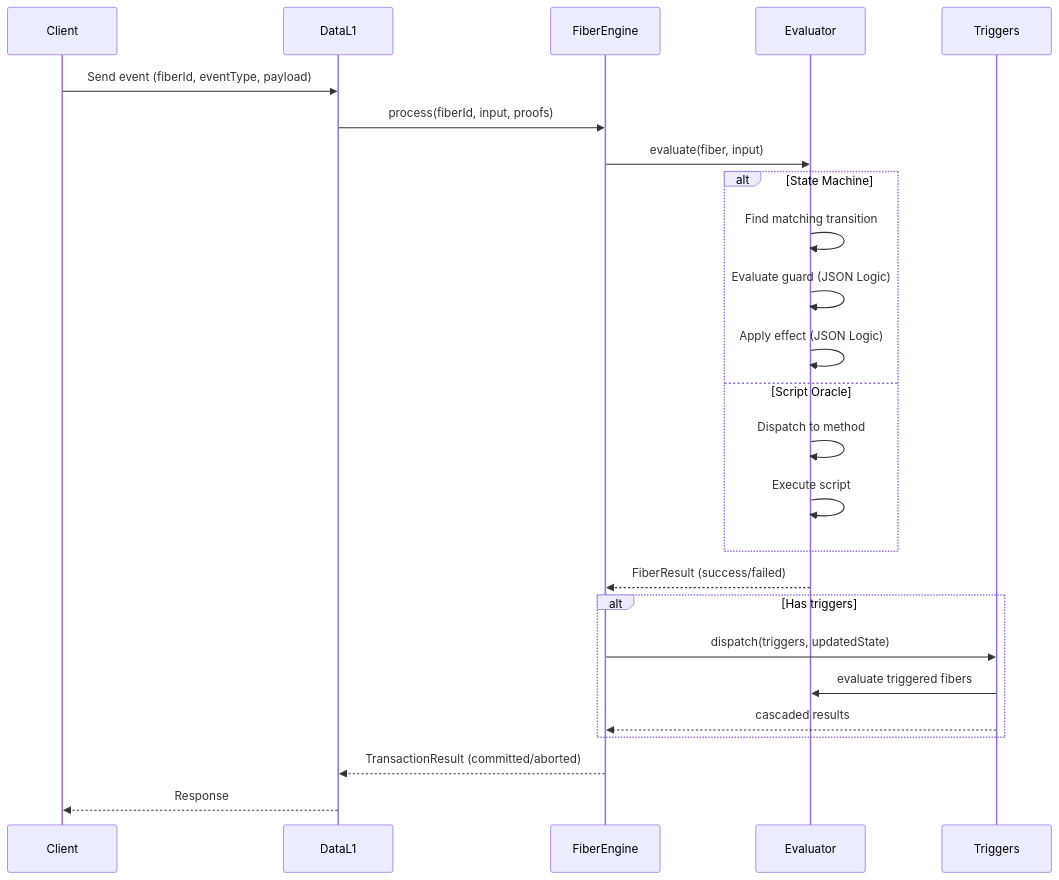
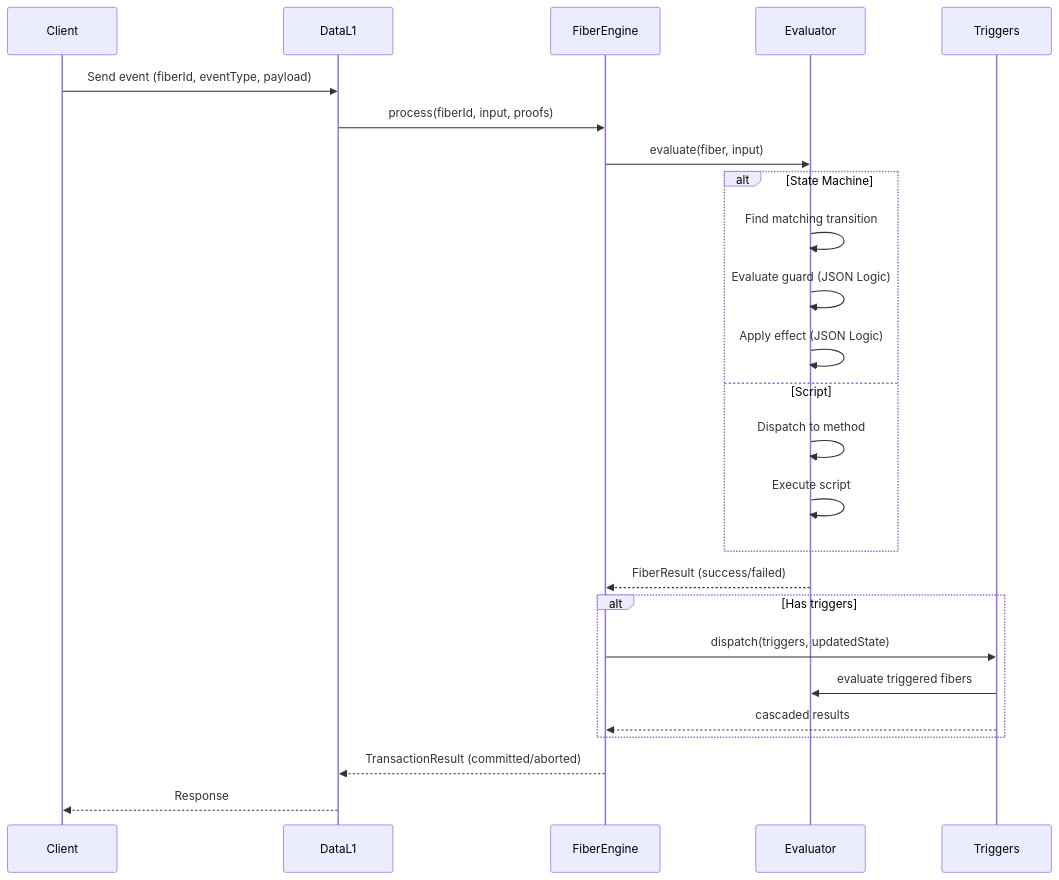
One commit to ottobot-ai/ottochain changed the diagram in docs/introduction.md. Above: the diagram before and after it, drawn with Mermaid. The commit also changed other lines of this file and 69 other files, not shown here.

First line of the commit message:
refactor: rename ScriptOracle to Script (#7)

````diff
--- a/docs/introduction.md
+++ b/docs/introduction.md
@@ -130,32 +130,32 @@
 ```mermaid
 sequenceDiagram
     participant Client
     participant DataL1
     participant FiberEngine
     participant Evaluator
     participant Triggers
 
     Client->>DataL1: Send event (fiberId, eventType, payload)
     DataL1->>FiberEngine: process(fiberId, input, proofs)
     FiberEngine->>Evaluator: evaluate(fiber, input)
 
     alt State Machine
         Evaluator->>Evaluator: Find matching transition
         Evaluator->>Evaluator: Evaluate guard (JSON Logic)
         Evaluator->>Evaluator: Apply effect (JSON Logic)
-    else Script Oracle
+    else Script
         Evaluator->>Evaluator: Dispatch to method
         Evaluator->>Evaluator: Execute script
     end
 
     Evaluator-->>FiberEngine: FiberResult (success/failed)
 
     alt Has triggers
         FiberEngine->>Triggers: dispatch(triggers, updatedState)
         Triggers->>Evaluator: evaluate triggered fibers
         Triggers-->>FiberEngine: cascaded results
     end
 
     FiberEngine-->>DataL1: TransactionResult (committed/aborted)
     DataL1-->>Client: Response
 ```
````
